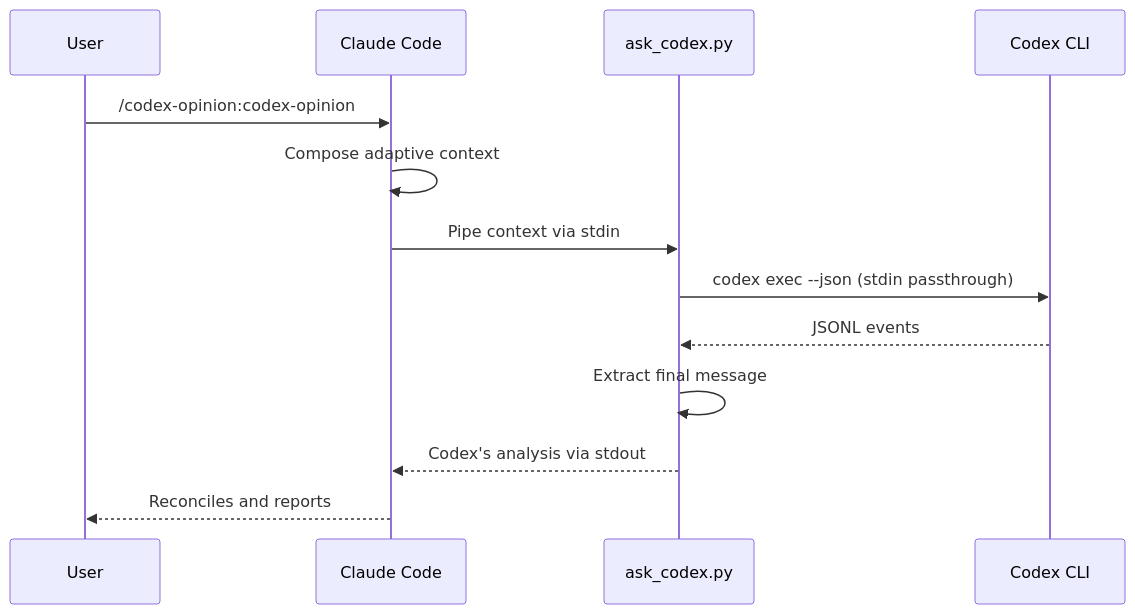
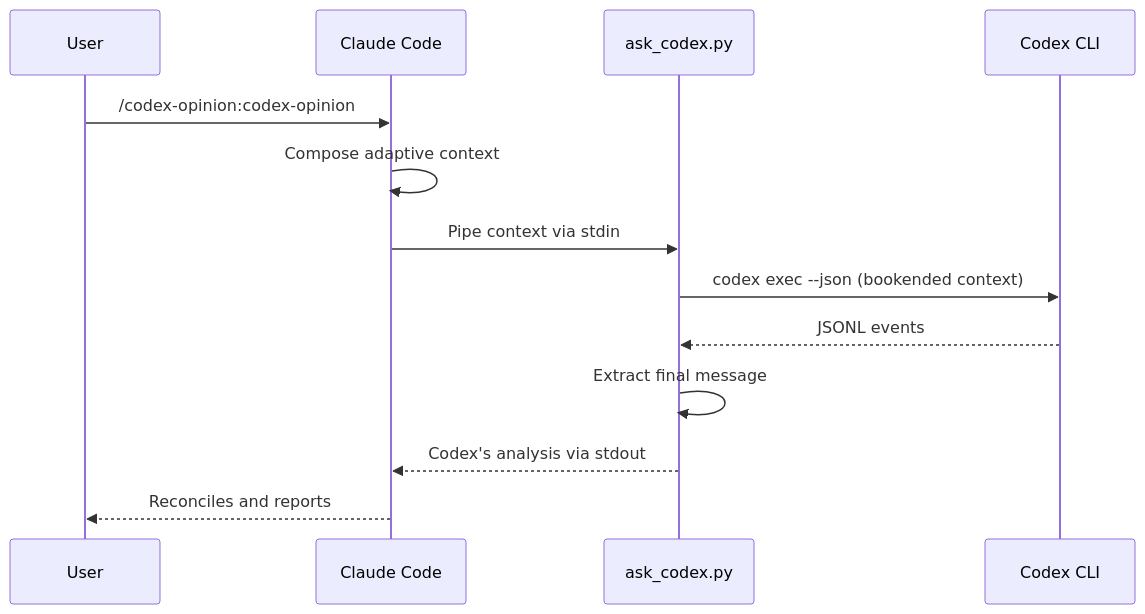
One commit to ehzawad/codex-opinion changed the diagram in README.md. Above: the diagram before and after it, drawn with Mermaid. The commit also changed other lines of this file and 5 other files, not shown here.

````diff
--- a/README.md
+++ b/README.md
@@ -51,16 +51,16 @@
 ```mermaid
 sequenceDiagram
     participant U as User
     participant C as Claude Code
     participant S as ask_codex.py
     participant X as Codex CLI
 
     U->>C: /codex-opinion:codex-opinion
     C->>C: Compose adaptive context
     C->>S: Pipe context via stdin
-    S->>X: codex exec --json (stdin passthrough)
+    S->>X: codex exec --json (bookended context)
     X-->>S: JSONL events
     S->>S: Extract final message
     S-->>C: Codex's analysis via stdout
     C-->>U: Reconciles and reports
 ```
````
